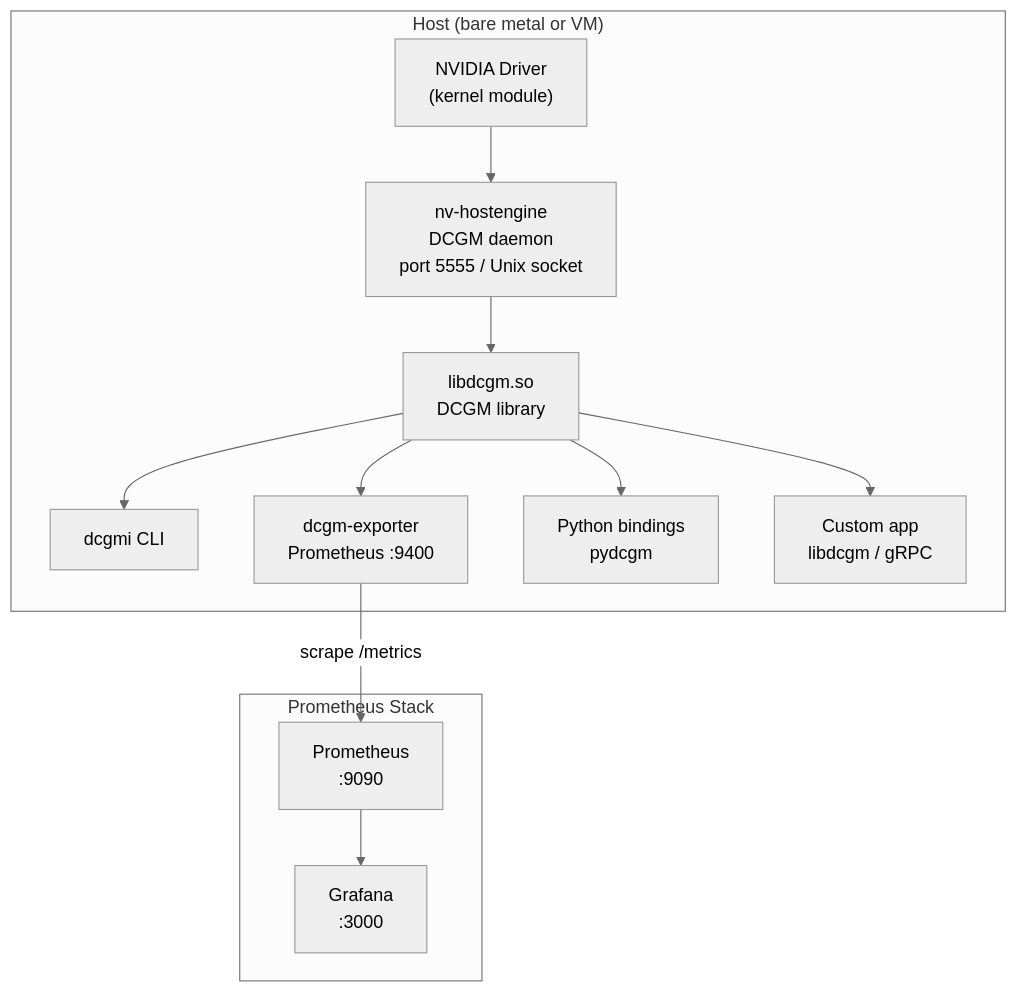
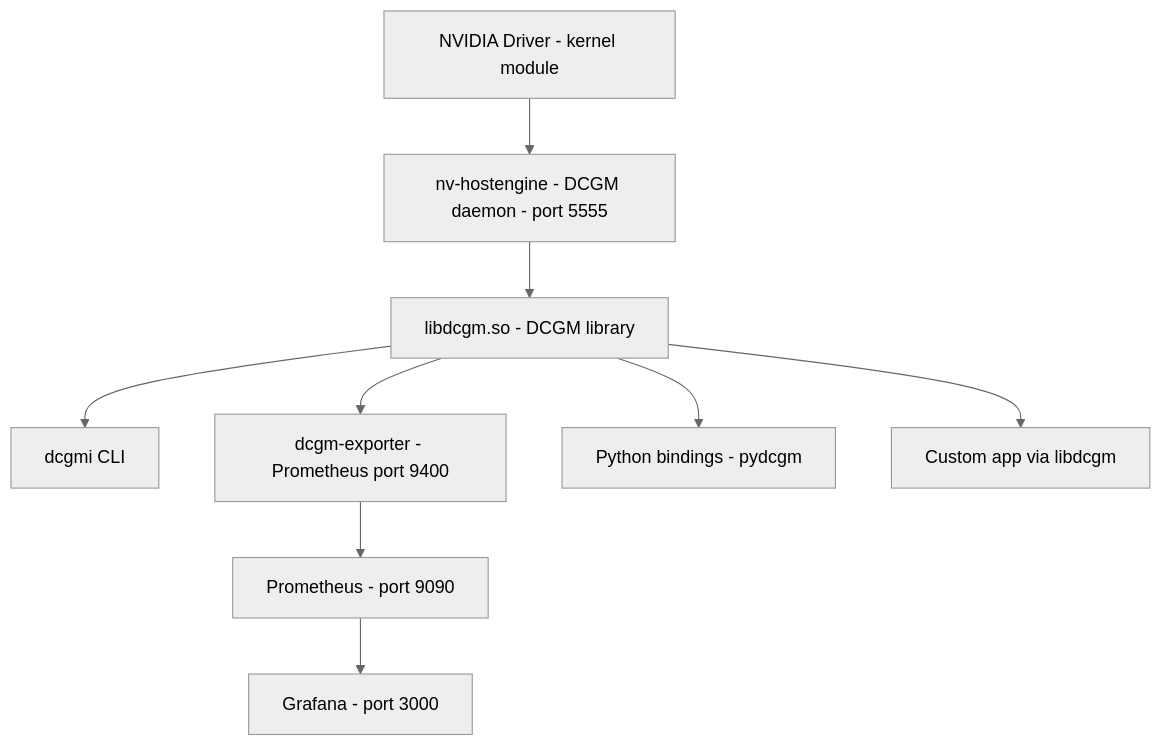
Before and after one commit to learntogether6666/learning: the first of 2 diagrams in AI-Infra/Labs/DCGM-Lab-01.md, drawn with Mermaid (neutral theme). The commit also changed other lines of this file, not shown here.

First line of the commit message:
Simplify Mermaid diagrams to bare minimum syntax for maximum compatibility

````diff
--- a/AI-Infra/Labs/DCGM-Lab-01.md
+++ b/AI-Infra/Labs/DCGM-Lab-01.md
@@ -55,26 +55,21 @@
 ```mermaid
 flowchart TD
-    subgraph Host ["Host (bare metal or VM)"]
-        NVD["NVIDIA Driver<br/>(kernel module)"]
-        HE["nv-hostengine<br/>DCGM daemon<br/>port 5555 / Unix socket"]
-        DCGMLIB["libdcgm.so<br/>DCGM library"]
-        DCGMI["dcgmi CLI"]
-        EXPORTER["dcgm-exporter<br/>Prometheus :9400"]
-        PYAPI["Python bindings<br/>pydcgm"]
-        CUSTOM["Custom app<br/>libdcgm / gRPC"]
-    end
-
-    subgraph Stack ["Prometheus Stack"]
-        PROM["Prometheus<br/>:9090"]
-        GRAFANA["Grafana<br/>:3000"]
-    end
+    NVD[NVIDIA Driver - kernel module]
+    HE[nv-hostengine - DCGM daemon - port 5555]
+    DCGMLIB[libdcgm.so - DCGM library]
+    DCGMI[dcgmi CLI]
+    EXPORTER[dcgm-exporter - Prometheus port 9400]
+    PYAPI[Python bindings - pydcgm]
+    CUSTOM[Custom app via libdcgm]
+    PROM[Prometheus - port 9090]
+    GRAFANA[Grafana - port 3000]
 
     NVD --> HE
     HE --> DCGMLIB
     DCGMLIB --> DCGMI
     DCGMLIB --> EXPORTER
     DCGMLIB --> PYAPI
     DCGMLIB --> CUSTOM
-    EXPORTER -->|scrape /metrics| PROM
+    EXPORTER --> PROM
     PROM --> GRAFANA
 ```
````
